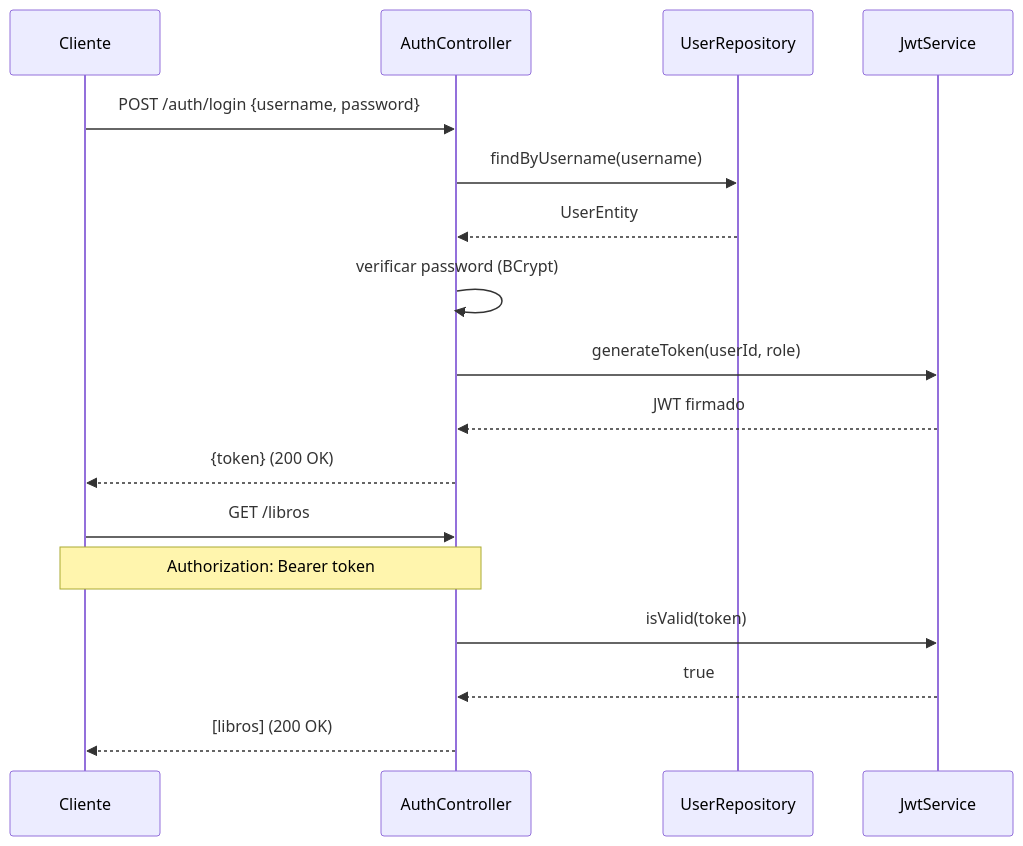
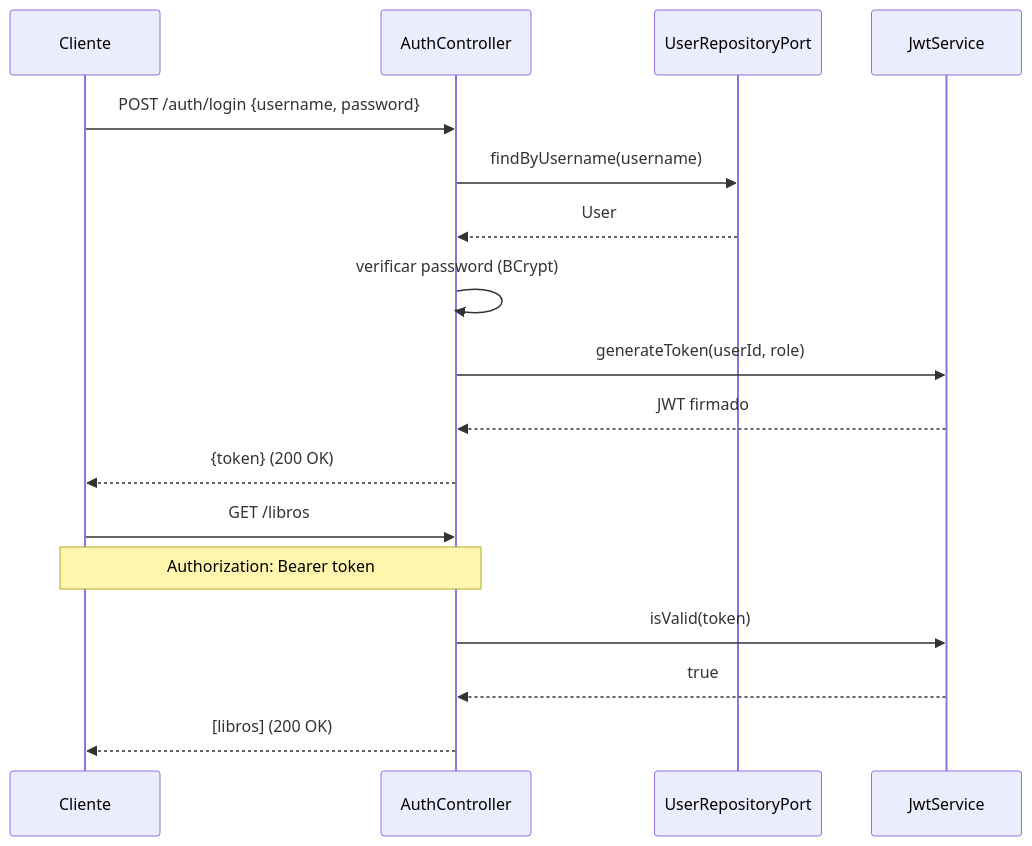
One commit to nicoparrado123/-DOSW-Library changed the second of 5 diagrams in README.md. Above: the diagram before and after it, drawn with Mermaid. The commit also changed other lines of this file, not shown here.

Commit message:
docs: actualizar diagramas con arquitectura de perfiles y repositorios port

````diff
--- a/README.md
+++ b/README.md
@@ -31,21 +33,21 @@
 ```mermaid
 sequenceDiagram
     participant Cliente
     participant AuthController
-    participant UserRepository
+    participant UserRepositoryPort
     participant JwtService
 
     Cliente->>AuthController: POST /auth/login {username, password}
-    AuthController->>UserRepository: findByUsername(username)
-    UserRepository-->>AuthController: UserEntity
+    AuthController->>UserRepositoryPort: findByUsername(username)
+    UserRepositoryPort-->>AuthController: User
     AuthController->>AuthController: verificar password (BCrypt)
     AuthController->>JwtService: generateToken(userId, role)
     JwtService-->>AuthController: JWT firmado
     AuthController-->>Cliente: {token} (200 OK)
 
     Cliente->>AuthController: GET /libros
     Note over Cliente,AuthController: Authorization: Bearer token
     AuthController->>JwtService: isValid(token)
     JwtService-->>AuthController: true
     AuthController-->>Cliente: [libros] (200 OK)
 ```
````
